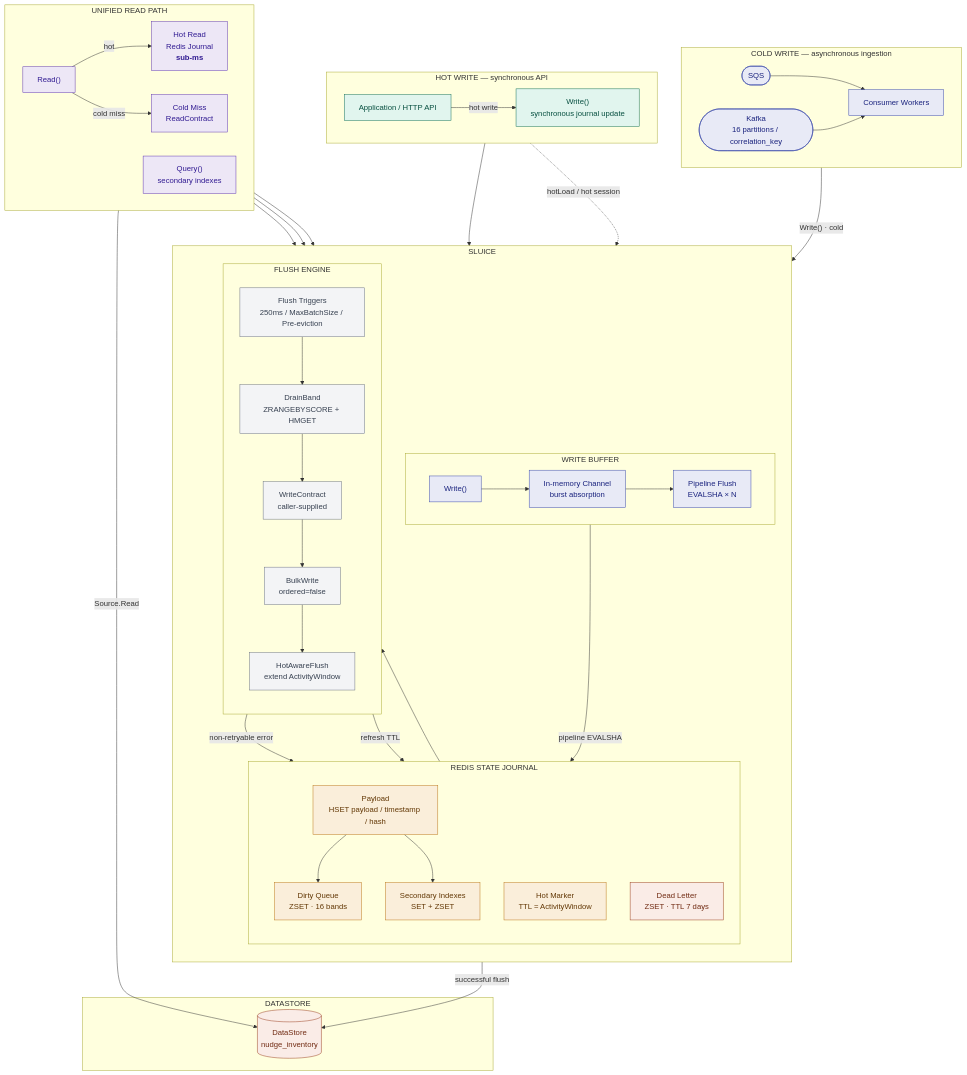
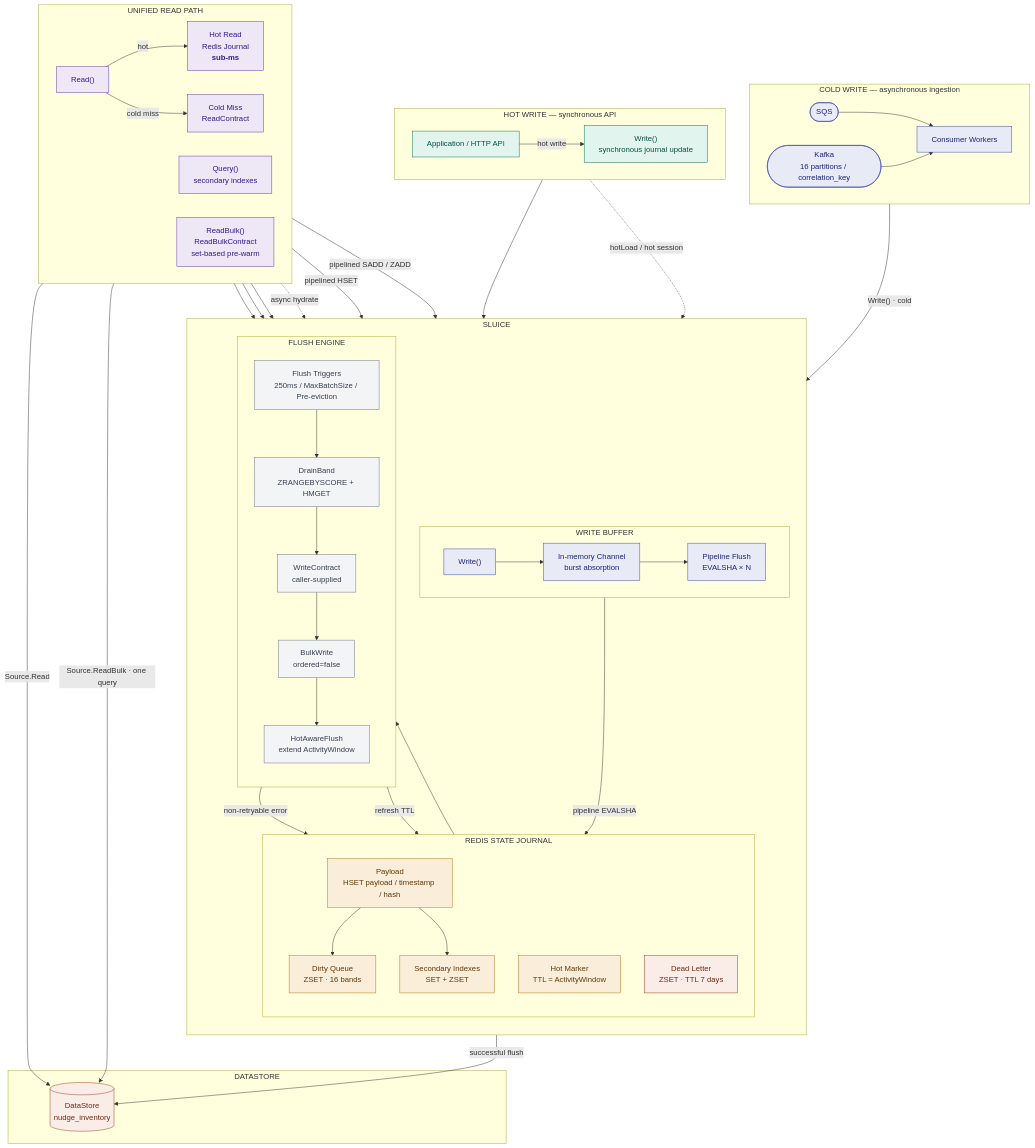
Before and after one commit to hussainpithawala/sluice-go: diagram 14 of 16 in README.md, drawn with Mermaid. The commit also changed other lines of this file and 1 other file, not shown here.

First line of the commit message:
chore(docs): update CHANGELOG and README for v1.0.8 bulk read and hydration features

````diff
--- a/README.md
+++ b/README.md
@@ -765,6 +920,8 @@
 
     QUERY["Query()<br/>secondary indexes"]
 
+    BULKREAD["ReadBulk()<br/>ReadBulkContract<br/>set-based pre-warm"]
+
     READ -->|"hot"| HOTREAD
     READ -->|"cold miss"| COLDREAD
 
@@ -780,6 +937,11 @@
   HOTREAD --> HOT
 
   COLDREAD -->|"Source.Read"| DB
+  COLDREAD -.->|"async hydrate"| PAYLOAD
+
+  BULKREAD -->|"Source.ReadBulk · one query"| DB
+  BULKREAD -->|"pipelined HSET"| PAYLOAD
+  BULKREAD -->|"pipelined SADD / ZADD"| INDEX
 
 
 %% ============================================================
@@ -799,7 +961,7 @@
   class W,BC,BP cold
   class PAYLOAD,DIRTY,HOT,INDEX journal
   class TRIG,DRAIN,CONTRACT,BULK,HOTTTL engine
-  class READ,HOTREAD,COLDREAD,QUERY read
+  class READ,HOTREAD,COLDREAD,QUERY,BULKREAD read
   class DB store
   class DLQ dlq
 ```
````
